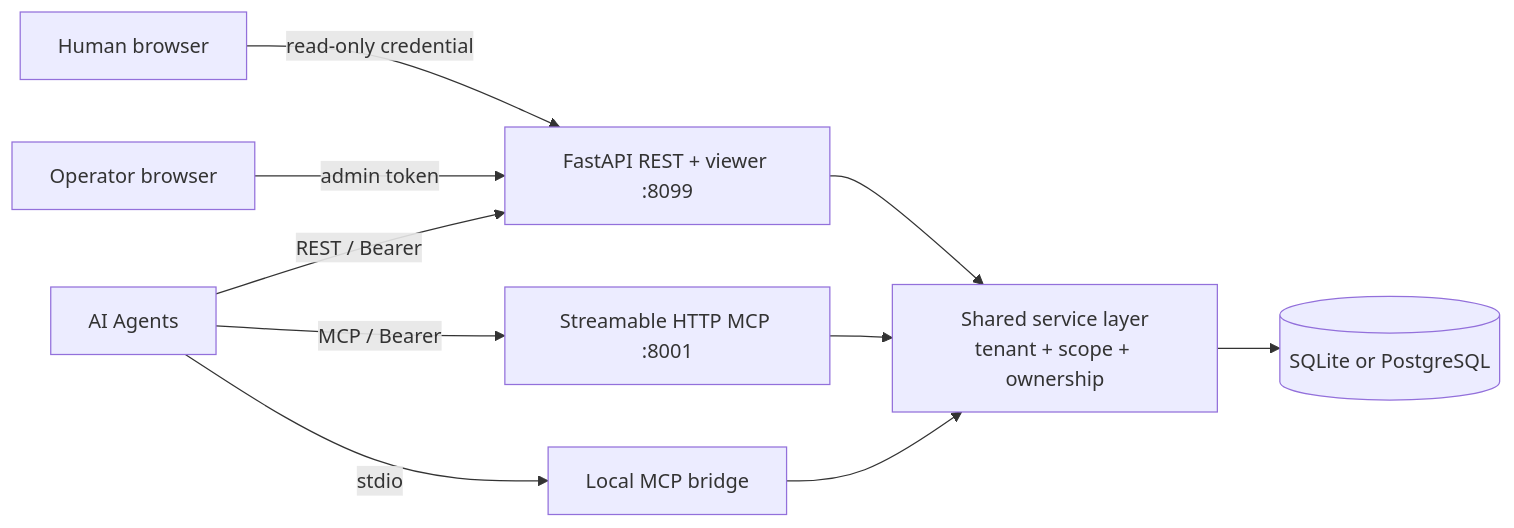
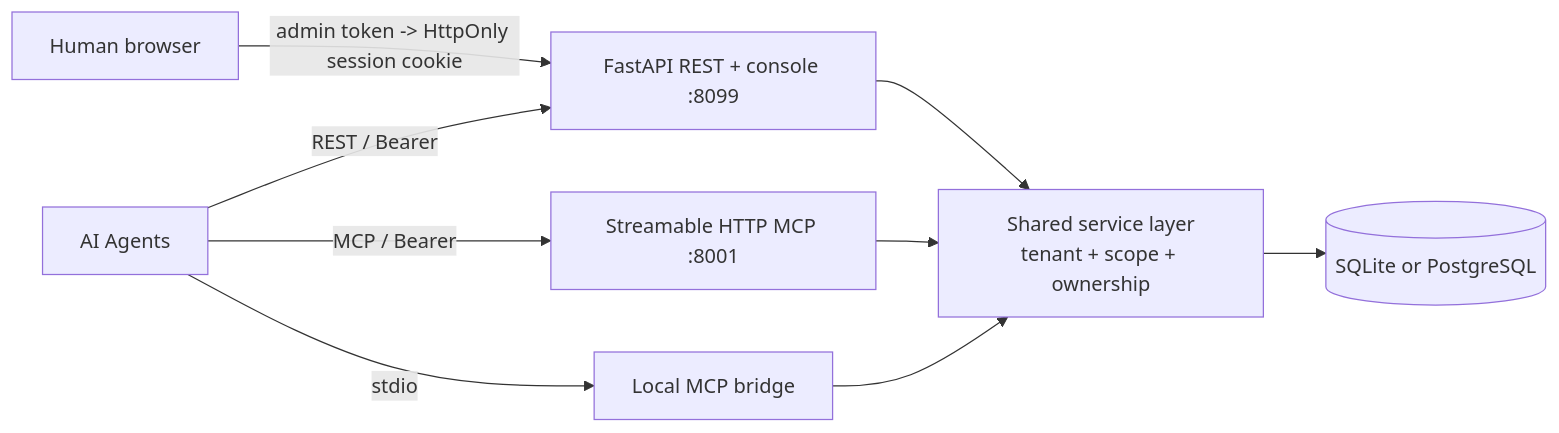
Before and after one commit to mohui1999/AllMemoryMCP: the diagram in README.md, drawn with Mermaid. The commit also changed other lines of this file and 13 other files, not shown here.

First line of the commit message:
Unify browser admin/viewer into one account with a persistent cookie session

````diff
--- a/README.md
+++ b/README.md
@@ -150,12 +151,11 @@
 ```mermaid
 flowchart LR
-  A[AI Agents] -->|REST / Bearer| R[FastAPI REST + viewer :8099]
+  A[AI Agents] -->|REST / Bearer| R[FastAPI REST + console :8099]
   A -->|MCP / Bearer| M[Streamable HTTP MCP :8001]
   A -->|stdio| S[Local MCP bridge]
-  U[Human browser] -->|read-only credential| R
-  O[Operator browser] -->|admin token| R
+  U[Human browser] -->|admin token -> HttpOnly session cookie| R
   R --> C[Shared service layer<br/>tenant + scope + ownership]
   M --> C
   S --> C
   C --> D[(SQLite or PostgreSQL)]
 ```
````
